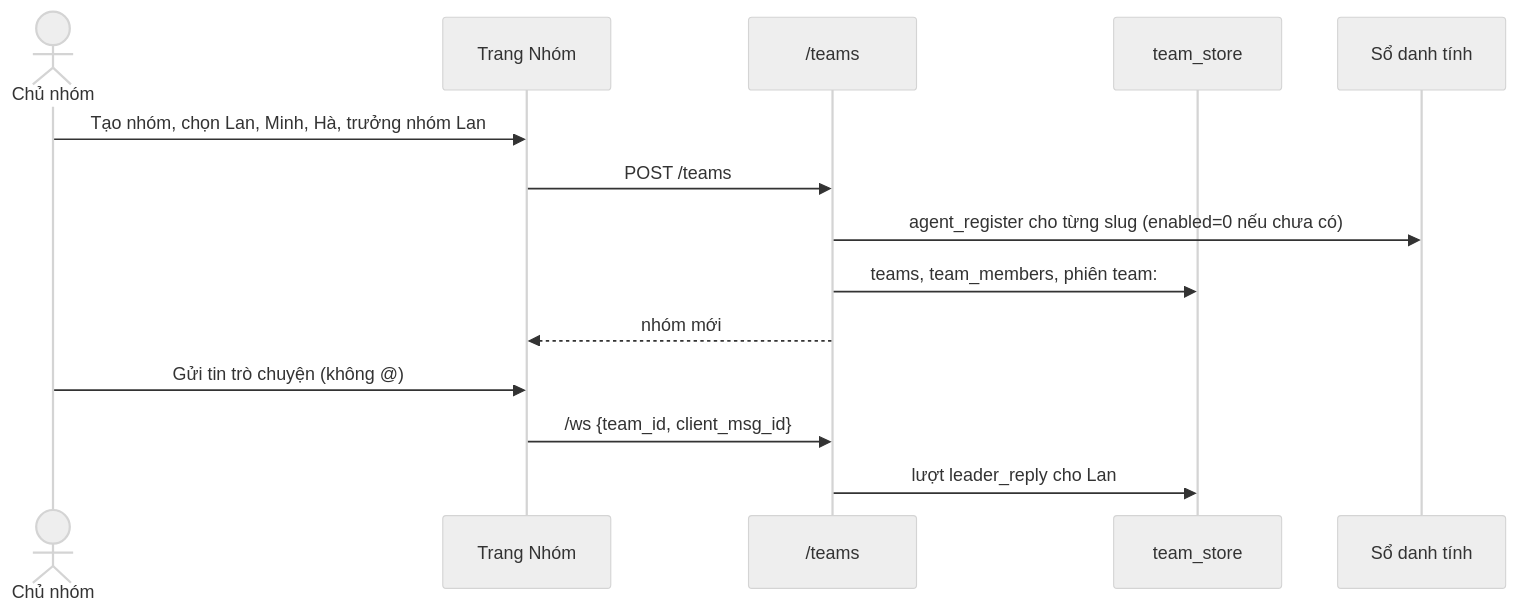
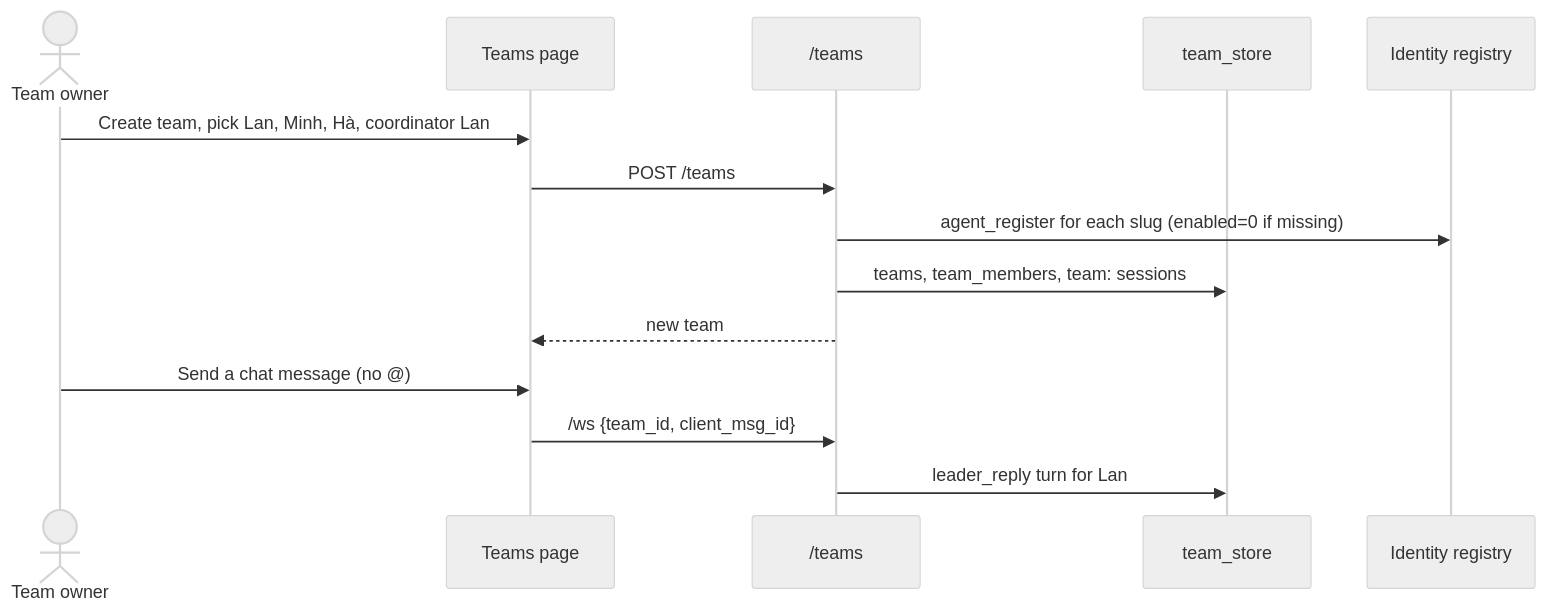
One commit to thebaci/Jarvis-007 changed the first of 3 diagrams in docs/dev/team-chat-wireframes.md. Above: the diagram before and after it, drawn with Mermaid (neutral theme). The commit also changed other lines of this file and 14 other files, not shown here.

````diff
--- a/docs/dev/team-chat-wireframes.md
+++ b/docs/dev/team-chat-wireframes.md
@@ -213,16 +213,16 @@
 ```mermaid
 sequenceDiagram
-  actor Chu as Chủ nhóm
-  participant UI as Trang Nhóm
+  actor Chu as Team owner
+  participant UI as Teams page
   participant API as /teams
   participant TS as team_store
-  participant RS as Sổ danh tính
-  Chu->>UI: Tạo nhóm, chọn Lan, Minh, Hà, trưởng nhóm Lan
+  participant RS as Identity registry
+  Chu->>UI: Create team, pick Lan, Minh, Hà, coordinator Lan
   UI->>API: POST /teams
-  API->>RS: agent_register cho từng slug (enabled=0 nếu chưa có)
-  API->>TS: teams, team_members, phiên team:
-  API-->>UI: nhóm mới
-  Chu->>UI: Gửi tin trò chuyện (không @)
+  API->>RS: agent_register for each slug (enabled=0 if missing)
+  API->>TS: teams, team_members, team: sessions
+  API-->>UI: new team
+  Chu->>UI: Send a chat message (no @)
   UI->>API: /ws {team_id, client_msg_id}
-  API->>TS: lượt leader_reply cho Lan
+  API->>TS: leader_reply turn for Lan
 ```
````
